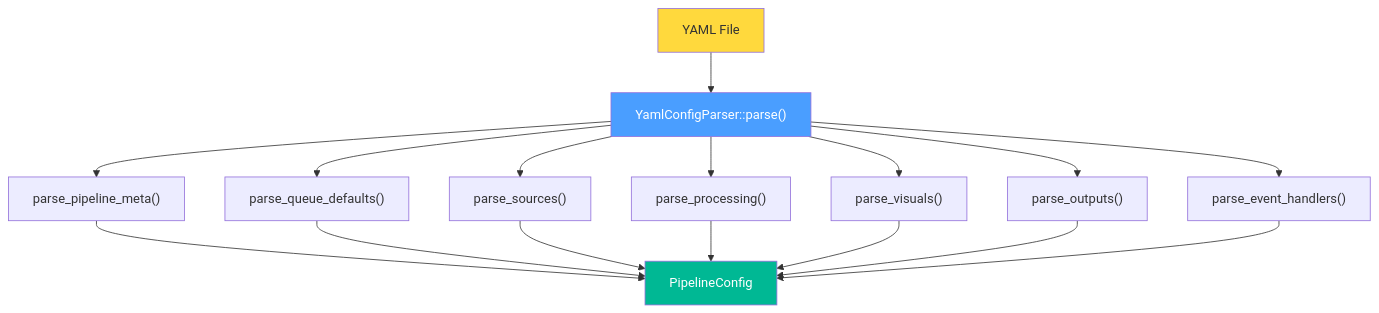
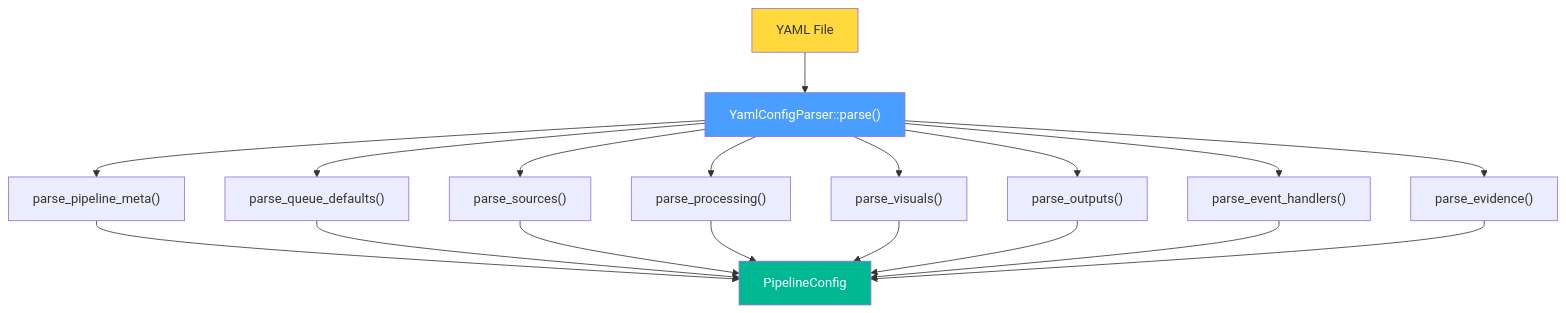
Before and after one commit to nam278/vms-engine: the third of 3 diagrams in docs/architecture/deepstream/05_configuration.md, drawn with Mermaid. The commit also changed other lines of this file and 32 other files, not shown here.

````diff
--- a/docs/architecture/deepstream/05_configuration.md
+++ b/docs/architecture/deepstream/05_configuration.md
@@ -353,23 +440,25 @@
 ```mermaid
 flowchart TD
     F["YAML File"] --> P["YamlConfigParser::parse()"]
     P --> M["parse_pipeline_meta()"]
     P --> QD["parse_queue_defaults()"]
     P --> S["parse_sources()"]
     P --> PR["parse_processing()"]
     P --> V["parse_visuals()"]
     P --> O["parse_outputs()"]
     P --> EH["parse_event_handlers()"]
+    P --> EV["parse_evidence()"]
 
     M --> PC["PipelineConfig"]
     QD --> PC
     S --> PC
     PR --> PC
     V --> PC
     O --> PC
     EH --> PC
+    EV --> PC
 
     style F fill:#ffd93d,color:#333
     style P fill:#4a9eff,color:#fff
     style PC fill:#00b894,color:#fff
 ```
````
